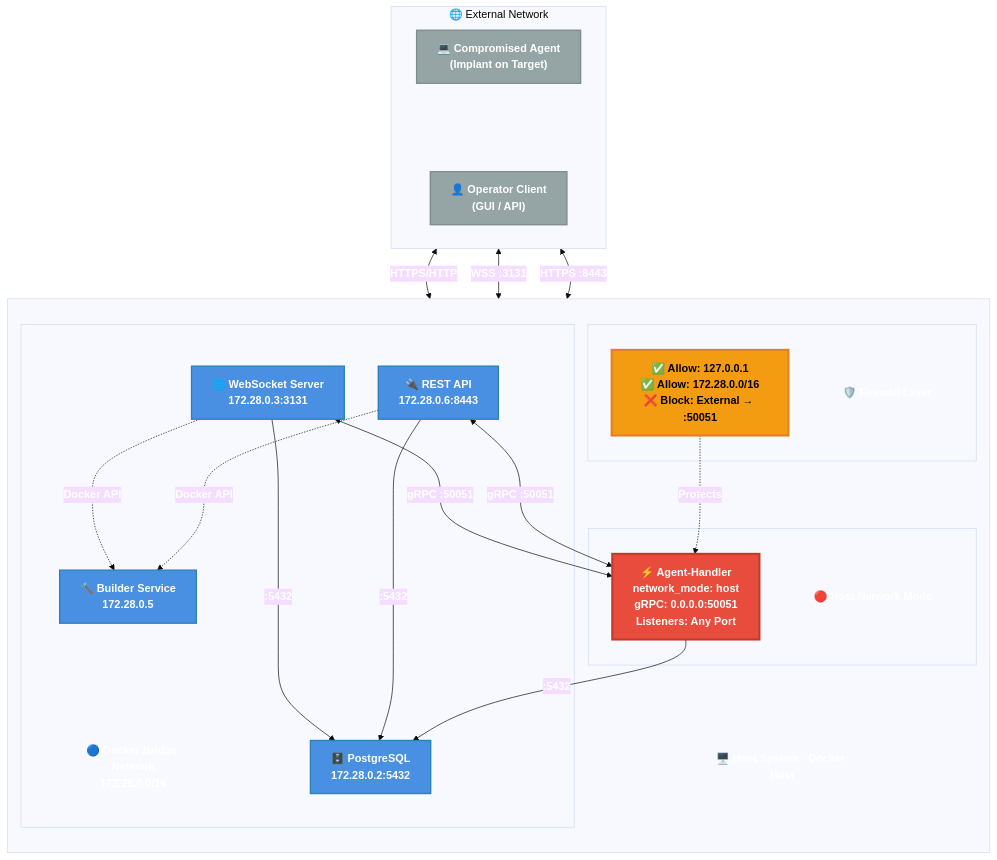
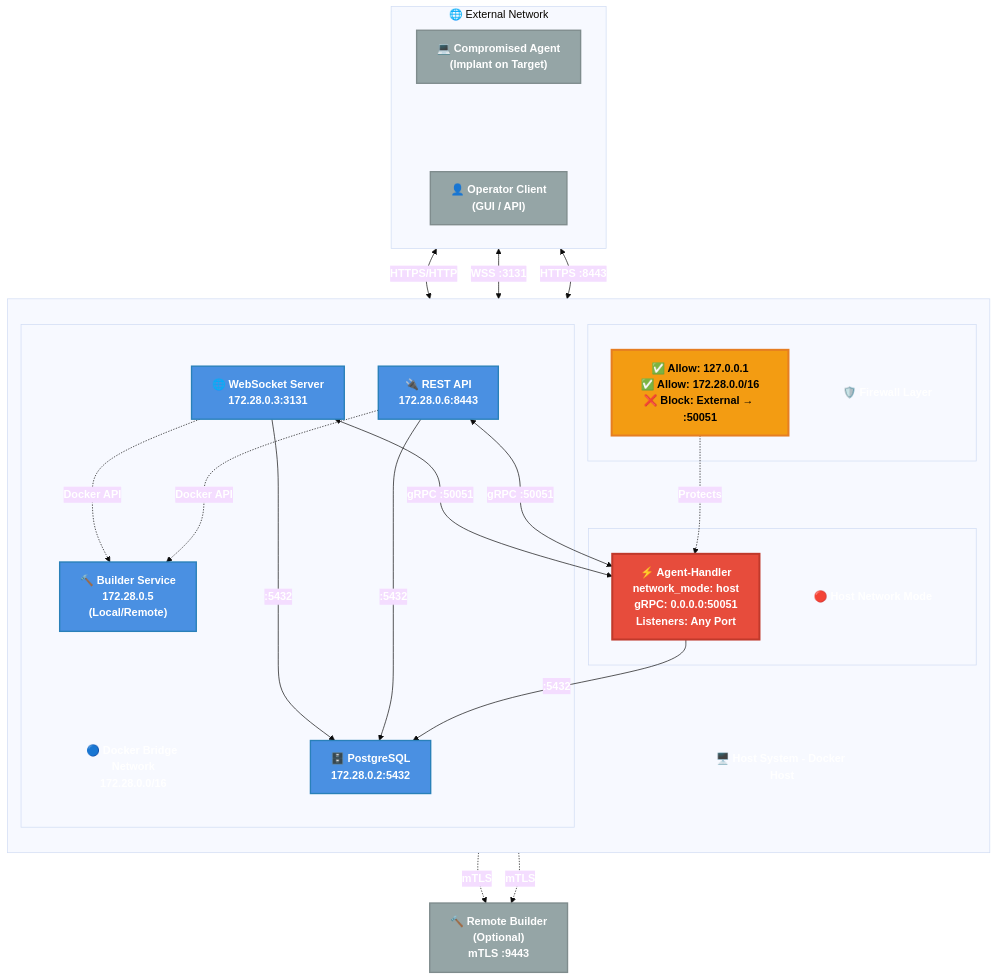
The diagram in README.md (seahop/NexusC2), drawn with Mermaid (base theme) before and after one commit. The commit also changed other lines of this file and 28 other files, not shown here.

First line of the commit message:
add remote builder support with mTLS, CI pipeline, and builder interface refactor

````diff
--- a/README.md
+++ b/README.md
@@ -37,62 +37,66 @@
 ```mermaid
 graph TB
     subgraph External["🌐 External Network"]
         direction LR
         Agent["💻 Compromised Agent<br/>(Implant on Target)"]
         Spacer[" "]
         Client["👤 Operator Client<br/>(GUI / API)"]
     end
 
     subgraph HostSystem[" "]
         direction TB
         HostLabel["🖥️ Host System - Docker Host"]
 
         subgraph FirewallLayer[" "]
             FW_Label["🛡️ Firewall Layer"]
             FW_Allow["✅ Allow: 127.0.0.1<br/>✅ Allow: 172.28.0.0/16<br/>❌ Block: External → :50051"]
         end
 
         subgraph HostNetwork[" "]
             HN_Label["🔴 Host Network Mode"]
             AgentHandler["⚡ Agent-Handler<br/>network_mode: host<br/>gRPC: 0.0.0.0:50051<br/>Listeners: Any Port"]
         end
 
         subgraph DockerBridge[" "]
             DB_Label["🔵 Docker Bridge Network<br/>172.28.0.0/16"]
             Database["🗄️ PostgreSQL<br/>172.28.0.2:5432"]
             Websocket["🌐 WebSocket Server<br/>172.28.0.3:3131"]
             RestAPI["🔌 REST API<br/>172.28.0.6:8443"]
-            Builder["🔨 Builder Service<br/>172.28.0.5"]
+            Builder["🔨 Builder Service<br/>172.28.0.5<br/>(Local/Remote)"]
         end
     end
+
+    RemoteBuilder["🔨 Remote Builder<br/>(Optional)<br/>mTLS :9443"]
 
     %% External Connections
     Agent <-->|"HTTPS/HTTP"| AgentHandler
     Client <-->|"WSS :3131"| Websocket
     Client <-->|"HTTPS :8443"| RestAPI
 
     %% Internal connections
     Websocket <-->|"gRPC :50051"| AgentHandler
     RestAPI <-->|"gRPC :50051"| AgentHandler
     Websocket -->|":5432"| Database
     RestAPI -->|":5432"| Database
     AgentHandler -->|":5432"| Database
     Websocket -.->|"Docker API"| Builder
     RestAPI -.->|"Docker API"| Builder
+    Websocket -.->|"mTLS"| RemoteBuilder
+    RestAPI -.->|"mTLS"| RemoteBuilder
     FW_Allow -.->|"Protects"| AgentHandler
 
     %% Styling
     classDef hostNet fill:#e74c3c,stroke:#c0392b,stroke-width:3px,color:#fff
     classDef bridgeNet fill:#4a90e2,stroke:#2980b9,stroke-width:2px,color:#fff
     classDef external fill:#95a5a6,stroke:#7f8c8d,stroke-width:2px,color:#fff
     classDef firewall fill:#f39c12,stroke:#e67e22,stroke-width:3px,color:#000
     classDef spacer fill:none,stroke:none,color:transparent
     classDef label fill:none,stroke:none,color:#fff,font-weight:bold
 
     class AgentHandler hostNet
     class Database,Websocket,RestAPI,Builder bridgeNet
-    class Agent,Client external
+    class Agent,Client,RemoteBuilder external
     class FW_Allow firewall
     class Spacer spacer
     class HostLabel,FW_Label,HN_Label,DB_Label label
 ```
````
